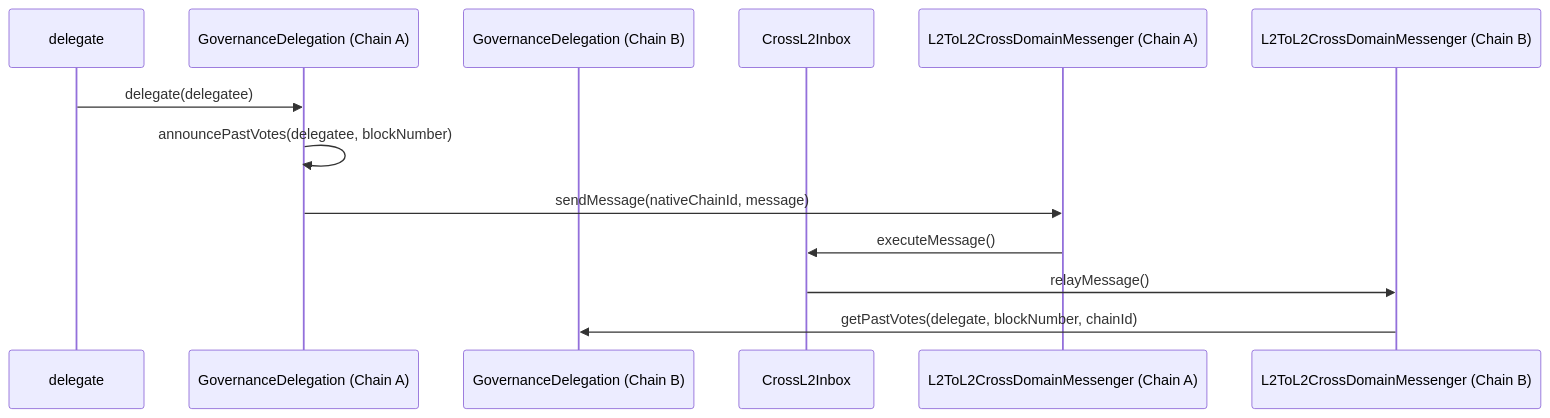
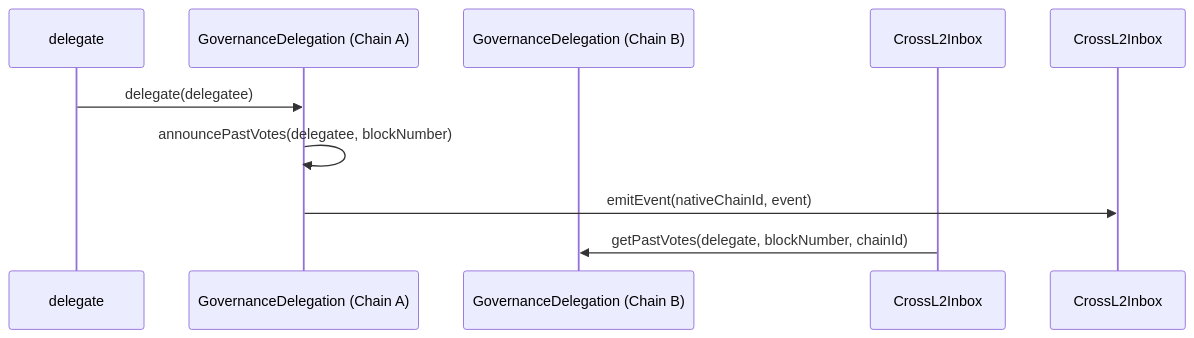
Before and after one commit to ethereum-optimism/design-docs: the diagram in governance/delegation-interop.md, drawn with Mermaid.

Commit message:
Remove Crosschain messenger

````diff
--- a/governance/delegation-interop.md
+++ b/governance/delegation-interop.md
@@ -35,15 +35,11 @@
 ```mermaid
 sequenceDiagram
   participant delegate
   participant GovernanceDelegationA as GovernanceDelegation (Chain A)
   participant GovernanceDelegationB as GovernanceDelegation (Chain B)
   participant Inbox as CrossL2Inbox
-  participant Messenger_A as L2ToL2CrossDomainMessenger (Chain A)
-  participant Messenger_B as L2ToL2CrossDomainMessenger (Chain B)
   delegate->>GovernanceDelegationA: delegate(delegatee)
   GovernanceDelegationA->>GovernanceDelegationA: announcePastVotes(delegatee, blockNumber)
-  GovernanceDelegationA->>Messenger_A: sendMessage(nativeChainId, message)
-  Messenger_A->>Inbox: executeMessage()
-  Inbox->>Messenger_B: relayMessage()
-  Messenger_B->>GovernanceDelegationB: getPastVotes(delegate, blockNumber, chainId)
+  GovernanceDelegationA->>CrossL2Inbox: emitEvent(nativeChainId, event)
+  Inbox->>GovernanceDelegationB: getPastVotes(delegate, blockNumber, chainId)
 ```
````
